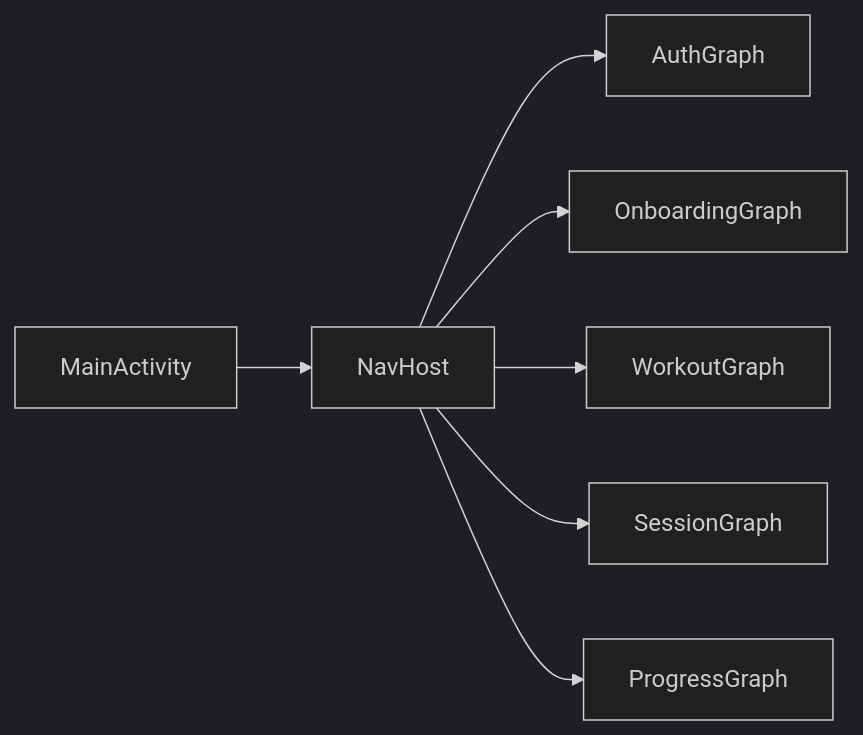
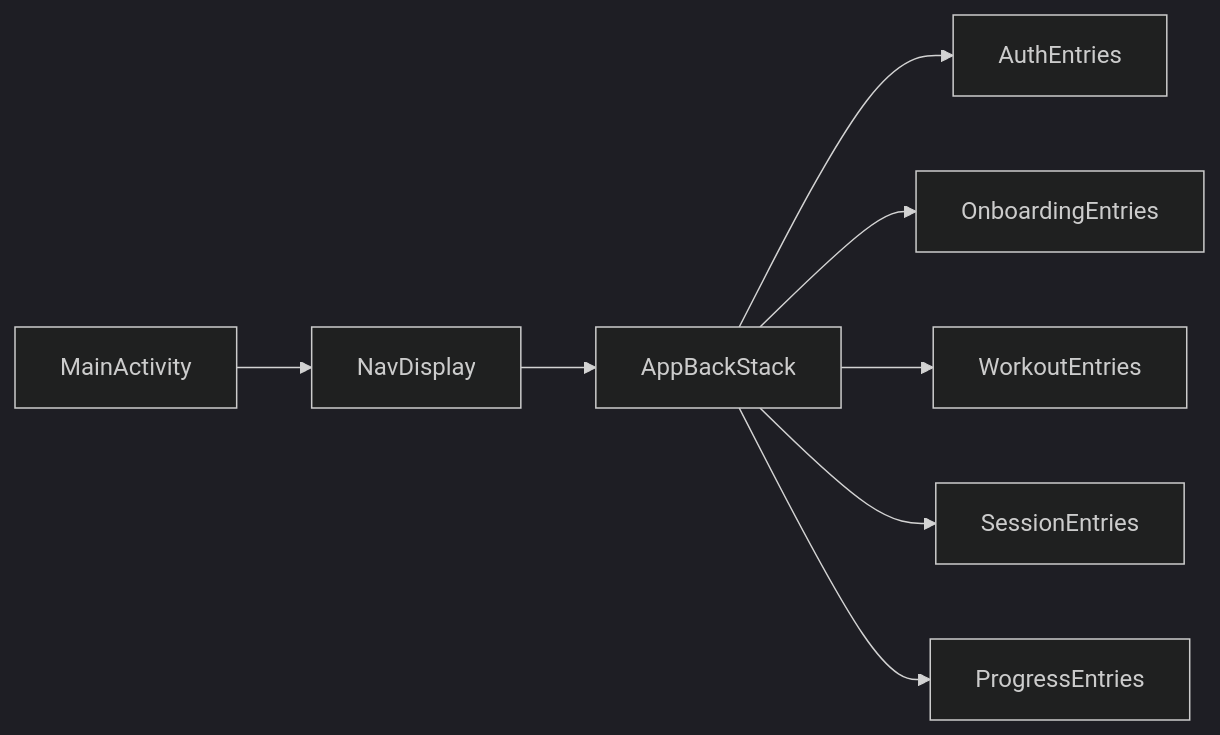
Before and after one commit to Amlsakr/FitLife: the third of 3 diagrams in _bmad-output/planning-artifacts/fitlife-architecture-v1.md, drawn with Mermaid (dark theme). The commit also changed other lines of this file and 98 other files, not shown here.

````diff
--- a/_bmad-output/planning-artifacts/fitlife-architecture-v1.md
+++ b/_bmad-output/planning-artifacts/fitlife-architecture-v1.md
@@ -326,9 +332,10 @@
 ```mermaid
 flowchart LR
-    MainActivity --> NavHost
-    NavHost --> AuthGraph
-    NavHost --> OnboardingGraph
-    NavHost --> WorkoutGraph
-    NavHost --> SessionGraph
-    NavHost --> ProgressGraph
+    MainActivity --> NavDisplay
+    NavDisplay --> AppBackStack
+    AppBackStack --> AuthEntries
+    AppBackStack --> OnboardingEntries
+    AppBackStack --> WorkoutEntries
+    AppBackStack --> SessionEntries
+    AppBackStack --> ProgressEntries
 ```
````
